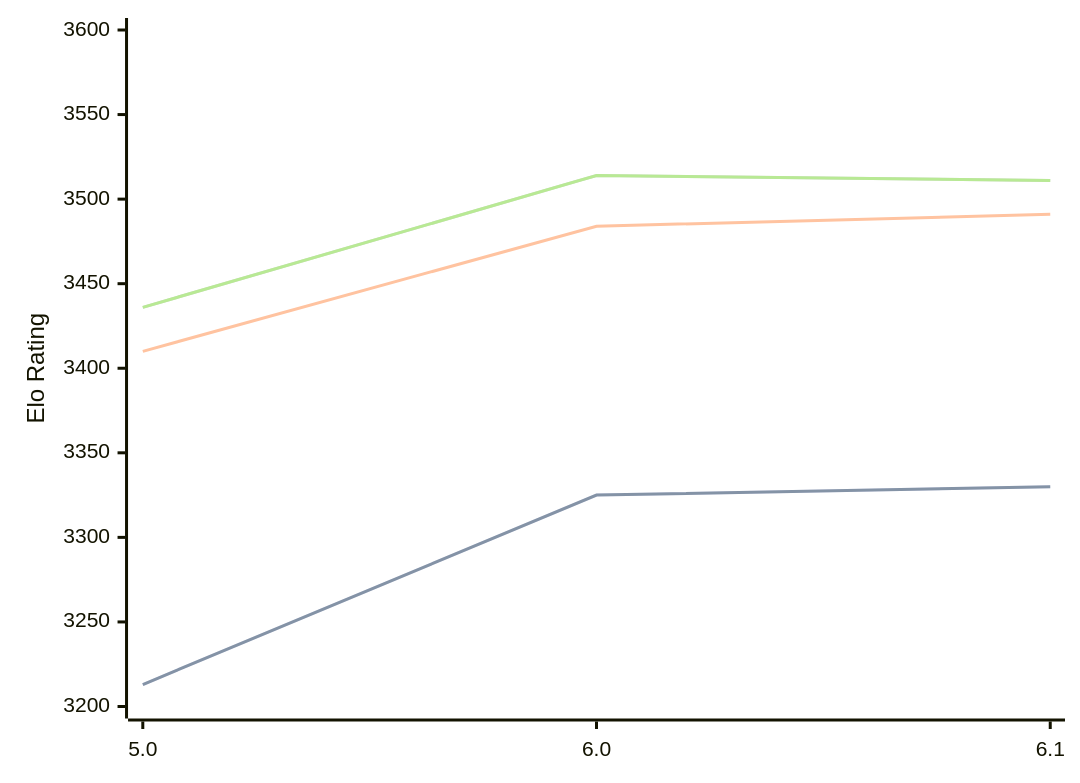
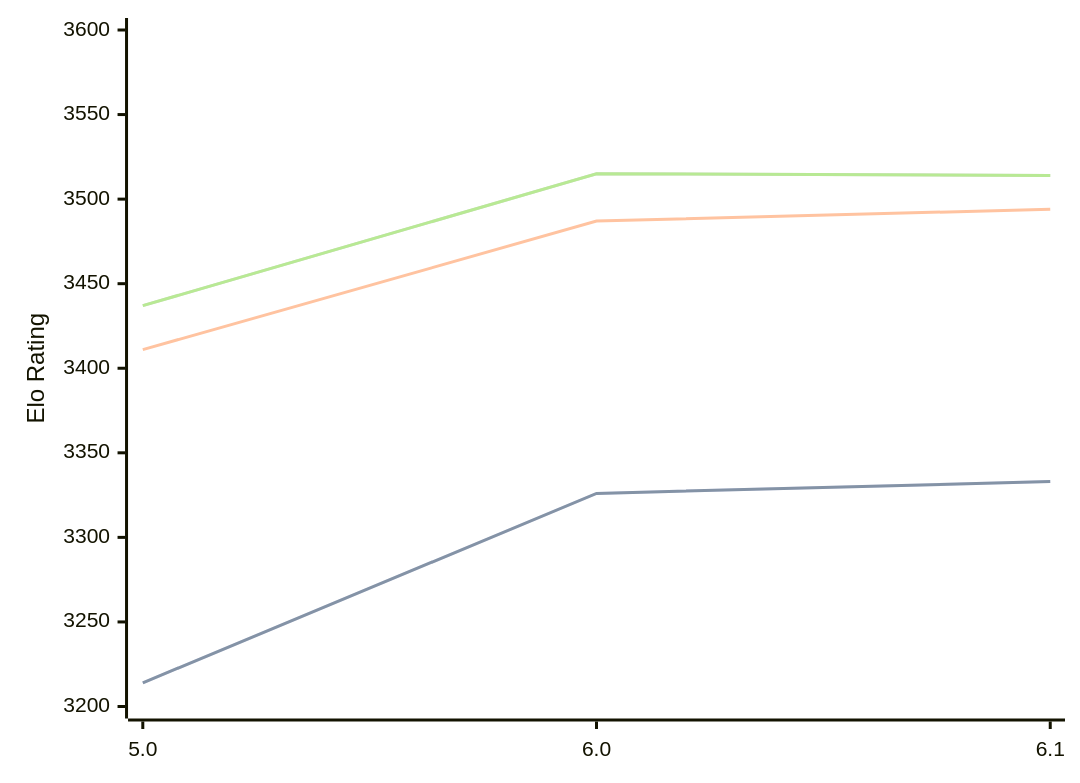
Before and after one commit to computer-chess-index/cci: the diagram in engines/Starzix.md, drawn with Mermaid. The commit also changed other lines of this file, not shown here.

Commit message:
Update CCI Ratings (ELO VLTC) - 2026-09-01

````diff
--- a/engines/Starzix.md
+++ b/engines/Starzix.md
@@ -33,11 +33,11 @@
 ```mermaid
 %%{init: {"theme":"base","themeVariables":{"seriesColors:['#a3a3a3','#222221','#faa371']}}}%%
 xychart-beta
   x-axis ["5.0", "6.0", "6.1"]
   y-axis "Elo Rating" 3200 --> 3600
-  line "" [3213, 3325, 3330]
-  line "STC (8.0+0.08s)" [3213, 3325, 3330]
-  line "LTC (60.0+0.60s)" [3410, 3484, 3491]
-  line "" [3436, 3514, 3511]
-  line "VLTC (2m24s+1.12s)" [3436, 3514, 3511]
+  line "" [3214, 3326, 3333]
+  line "STC (8.0+0.08s)" [3214, 3326, 3333]
+  line "LTC (60.0+0.60s)" [3411, 3487, 3494]
+  line "" [3437, 3515, 3514]
+  line "VLTC (2m24s+1.12s)" [3437, 3515, 3514]
 ```
````
